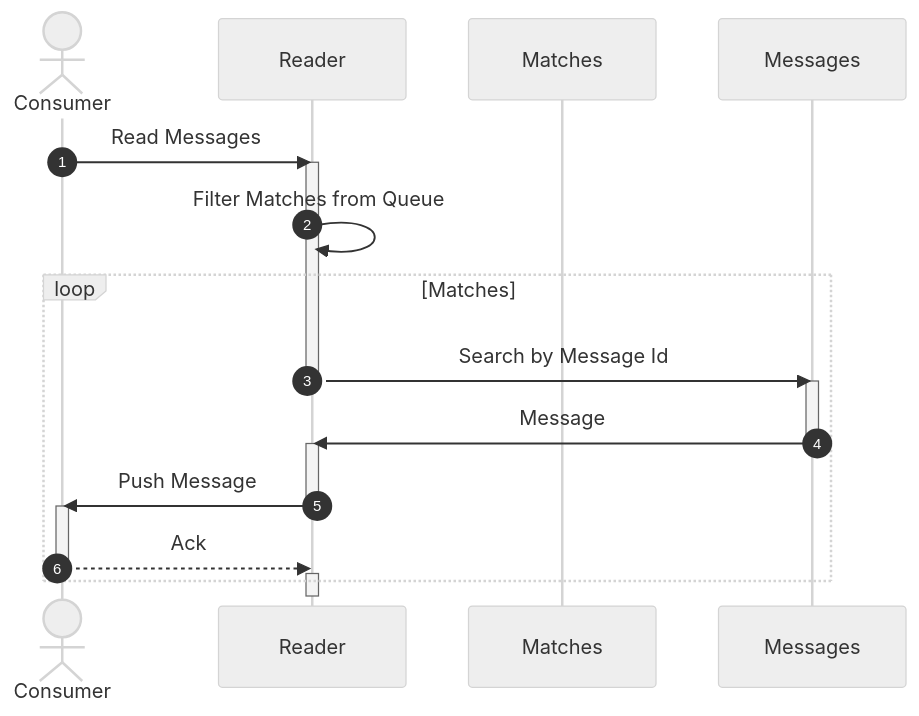
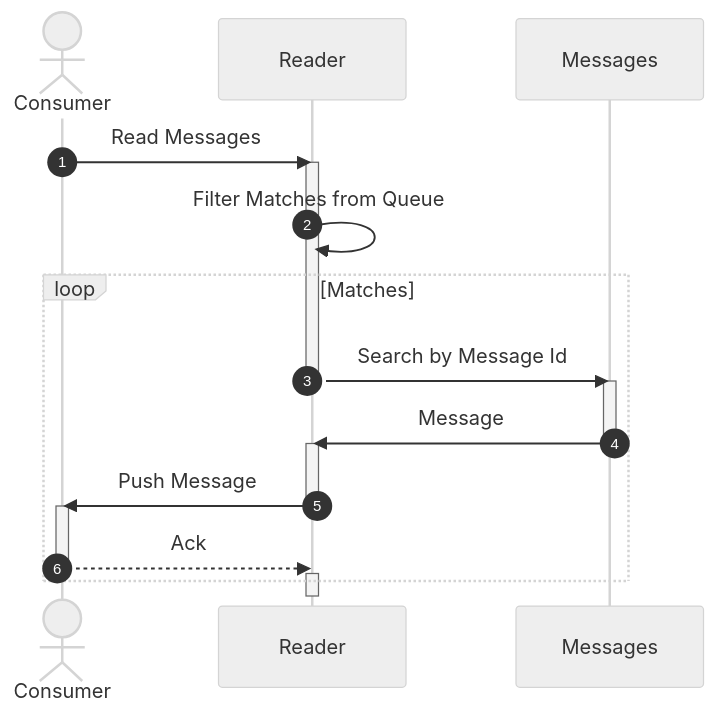
The second of 2 diagrams in profile/README.md (awakari/.github), drawn with Mermaid before and after one commit. The commit also changed other lines of this file, not shown here.

````diff
--- a/profile/README.md
+++ b/profile/README.md
@@ -200,37 +202,36 @@
 ```mermaid
 %%{init: {'theme': 'neutral' } }%%
 sequenceDiagram
 
     autonumber
 
     actor Consumer
     participant Reader
-    participant Matches
     participant Messages
 
     Consumer->>Reader: Read Messages
 
     activate Reader
     Reader->>Reader: Filter Matches from Queue
     loop Matches
 
         Reader->>Messages: Search by Message Id
         deactivate Reader
     
         activate Messages
         Messages->>Reader: Message
         deactivate Messages
         
         activate Reader
         Reader->>Consumer: Push Message
         deactivate Reader
 
         activate Consumer
         Consumer-->>Reader: Ack
         deactivate Consumer
         
         activate Reader
     
     end
     deactivate Reader
 ```
````
